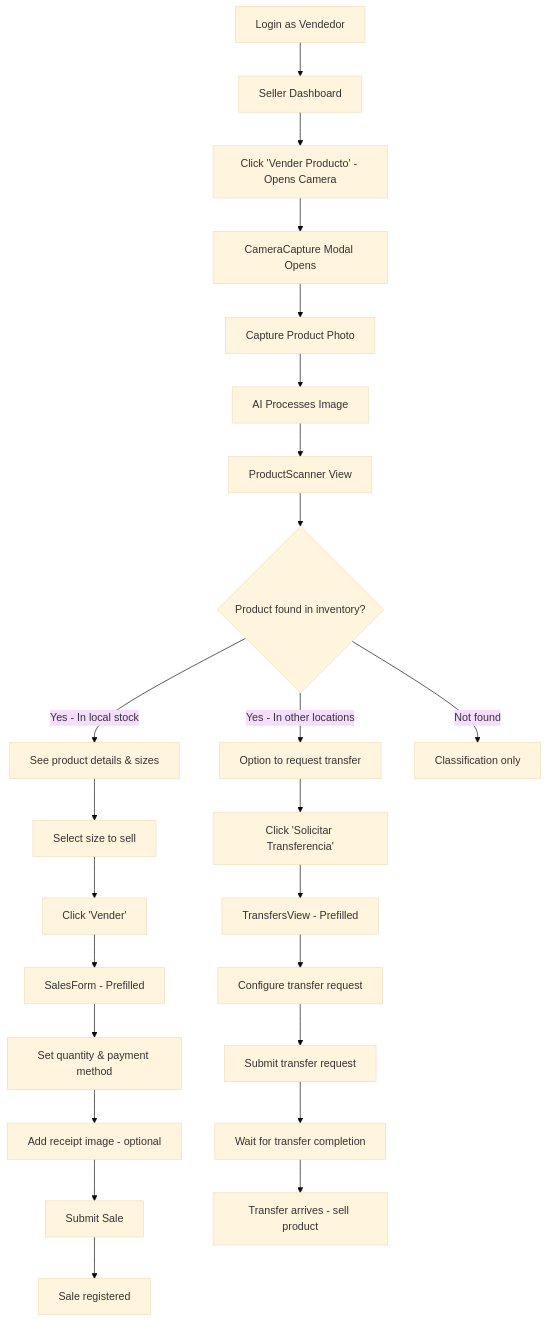
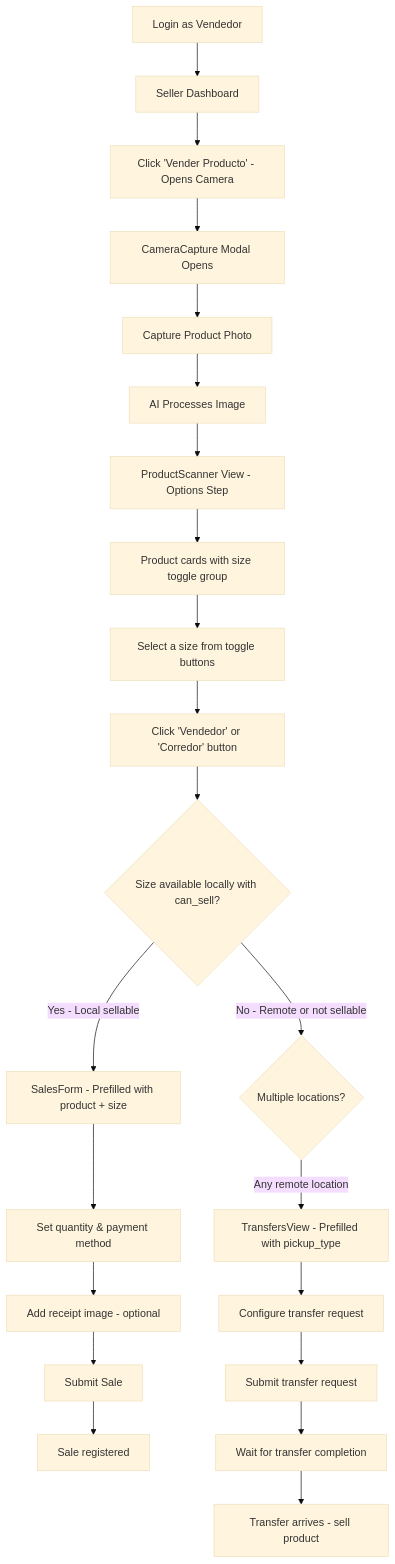
The first of 8 diagrams in Front/docs/vendedor.md (wallblue4/frontend-tustockya), drawn with Mermaid (base theme) before and after one commit. The commit also changed other lines of this file and 4 other files, not shown here.

Commit message:
Refactor user flow in ProductScanner and enhance TransfersView to support direct action for product sales and transfers. Update ProductOptionsCard to handle size selection and improve UI for better user experience.

````diff
--- a/Front/docs/vendedor.md
+++ b/Front/docs/vendedor.md
@@ -30,27 +36,25 @@
 ```mermaid
 flowchart TD
     A[Login as Vendedor] --> B[Seller Dashboard]
     B --> C[Click 'Vender Producto' - Opens Camera]
     C --> D[CameraCapture Modal Opens]
     D --> E[Capture Product Photo]
     E --> F[AI Processes Image]
-    F --> G[ProductScanner View]
-    G --> H{Product found in inventory?}
-    H -->|Yes - In local stock| I[See product details & sizes]
-    H -->|Yes - In other locations| J[Option to request transfer]
-    H -->|Not found| K[Classification only]
-    I --> L[Select size to sell]
-    L --> M[Click 'Vender']
-    M --> N[SalesForm - Prefilled]
-    N --> O[Set quantity & payment method]
+    F --> G[ProductScanner View - Options Step]
+    G --> H[Product cards with size toggle group]
+    H --> I[Select a size from toggle buttons]
+    I --> J[Click 'Vendedor' or 'Corredor' button]
+    J --> K{Size available locally with can_sell?}
+    K -->|Yes - Local sellable| L[SalesForm - Prefilled with product + size]
+    K -->|No - Remote or not sellable| M{Multiple locations?}
+    M -->|Any remote location| N[TransfersView - Prefilled with pickup_type]
+    L --> O[Set quantity & payment method]
     O --> P[Add receipt image - optional]
     P --> Q[Submit Sale]
     Q --> R[Sale registered]
 
-    J --> S[Click 'Solicitar Transferencia']
-    S --> T[TransfersView - Prefilled]
-    T --> U[Configure transfer request]
-    U --> V[Submit transfer request]
-    V --> W[Wait for transfer completion]
-    W --> X[Transfer arrives - sell product]
+    N --> S[Configure transfer request]
+    S --> T[Submit transfer request]
+    T --> U[Wait for transfer completion]
+    U --> V[Transfer arrives - sell product]
 ```
````
